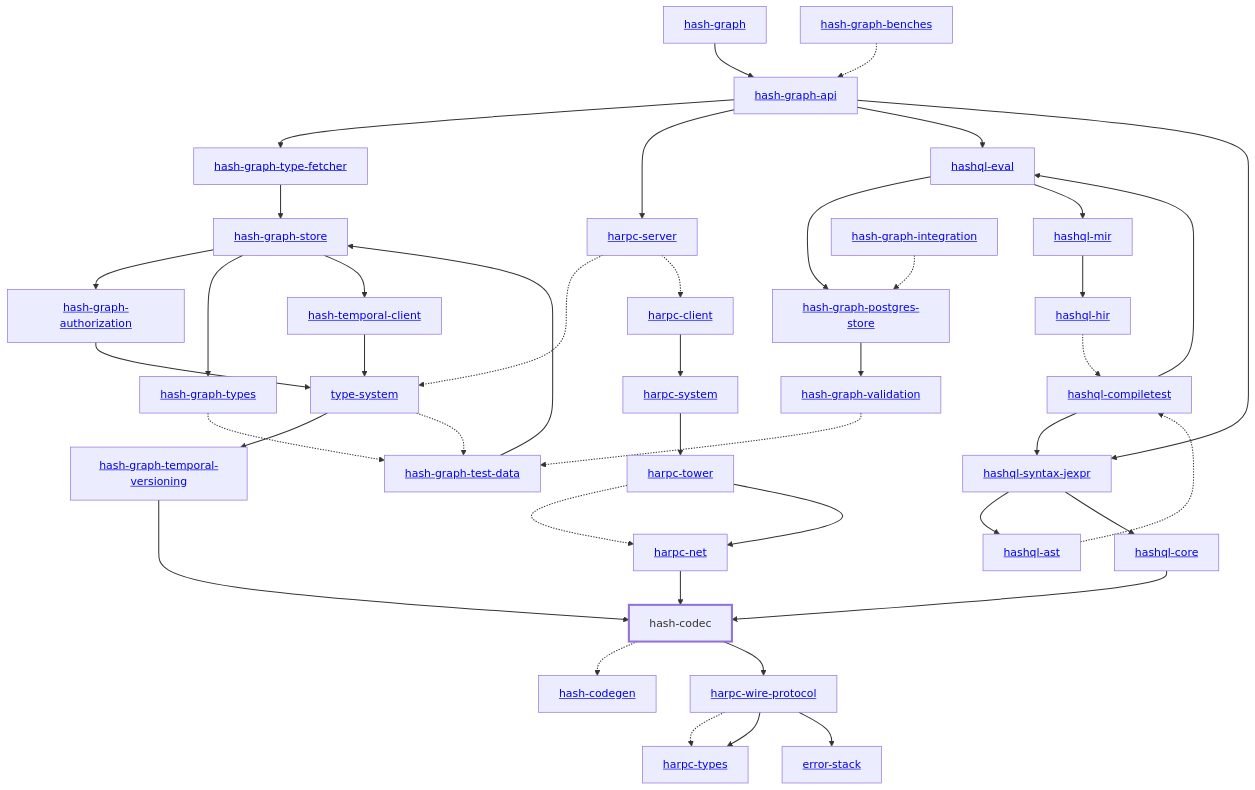
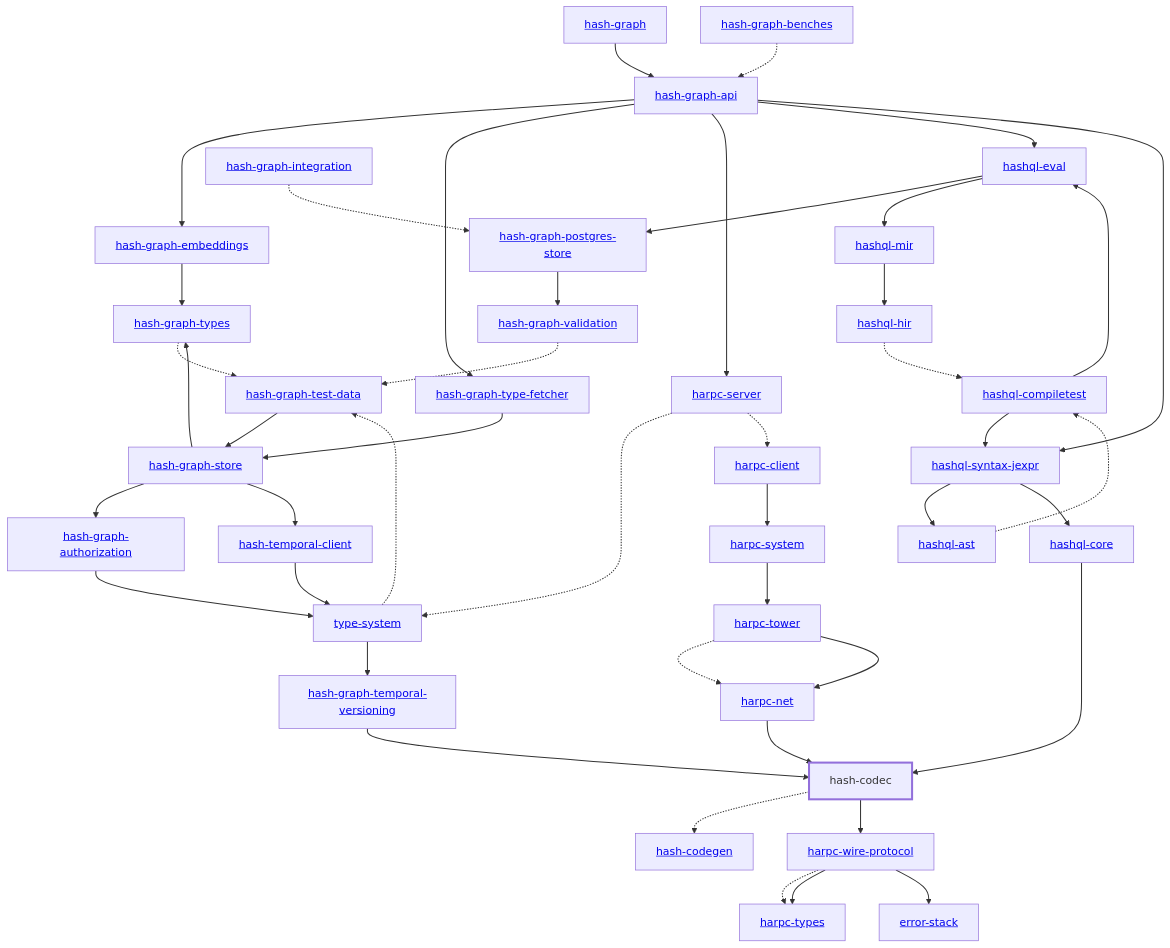
One commit to hashintel/hash changed the diagram in libs/@local/codec/docs/dependency-diagram.mmd. Above: the diagram before and after it, drawn with Mermaid. The commit also changed 16 other files, not shown here.

Commit message:
BE-622: Update dependency diagrams

```diff
--- a/libs/@local/codec/docs/dependency-diagram.mmd
+++ b/libs/@local/codec/docs/dependency-diagram.mmd
@@ -1,84 +1,87 @@
 graph TD
     linkStyle default stroke-width:1.5px
     classDef default stroke-width:1px
     classDef root stroke-width:3px
     classDef dev stroke-width:1px
     classDef build stroke-width:1px
     %% Legend
     %% --> : Normal dependency
     %% -.-> : Dev dependency
     %% ---> : Build dependency
     0[<a href="../hash_graph/index.html">hash-graph</a>]
     1[<a href="../type_system/index.html">type-system</a>]
     2[hash-codec]
     class 2 root
     3[<a href="../hash_codegen/index.html">hash-codegen</a>]
     4[<a href="../hash_graph_api/index.html">hash-graph-api</a>]
     5[<a href="../hash_graph_authorization/index.html">hash-graph-authorization</a>]
-    6[<a href="../hash_graph_postgres_store/index.html">hash-graph-postgres-store</a>]
-    7[<a href="../hash_graph_store/index.html">hash-graph-store</a>]
-    8[<a href="../hash_graph_temporal_versioning/index.html">hash-graph-temporal-versioning</a>]
-    9[<a href="../hash_graph_type_fetcher/index.html">hash-graph-type-fetcher</a>]
-    10[<a href="../hash_graph_types/index.html">hash-graph-types</a>]
-    11[<a href="../hash_graph_validation/index.html">hash-graph-validation</a>]
-    12[<a href="../harpc_client/index.html">harpc-client</a>]
-    13[<a href="../harpc_net/index.html">harpc-net</a>]
-    14[<a href="../harpc_server/index.html">harpc-server</a>]
-    15[<a href="../harpc_system/index.html">harpc-system</a>]
-    16[<a href="../harpc_tower/index.html">harpc-tower</a>]
-    17[<a href="../harpc_types/index.html">harpc-types</a>]
-    18[<a href="../harpc_wire_protocol/index.html">harpc-wire-protocol</a>]
-    19[<a href="../hashql_ast/index.html">hashql-ast</a>]
-    20[<a href="../hashql_compiletest/index.html">hashql-compiletest</a>]
-    21[<a href="../hashql_core/index.html">hashql-core</a>]
-    22[<a href="../hashql_eval/index.html">hashql-eval</a>]
-    23[<a href="../hashql_hir/index.html">hashql-hir</a>]
-    24[<a href="../hashql_mir/index.html">hashql-mir</a>]
-    25[<a href="../hashql_syntax_jexpr/index.html">hashql-syntax-jexpr</a>]
-    26[<a href="../hash_temporal_client/index.html">hash-temporal-client</a>]
-    27[<a href="../error_stack/index.html">error-stack</a>]
-    28[<a href="../hash_graph_benches/index.html">hash-graph-benches</a>]
-    29[<a href="../hash_graph_integration/index.html">hash-graph-integration</a>]
-    30[<a href="../hash_graph_test_data/index.html">hash-graph-test-data</a>]
+    6[<a href="../hash_graph_embeddings/index.html">hash-graph-embeddings</a>]
+    7[<a href="../hash_graph_postgres_store/index.html">hash-graph-postgres-store</a>]
+    8[<a href="../hash_graph_store/index.html">hash-graph-store</a>]
+    9[<a href="../hash_graph_temporal_versioning/index.html">hash-graph-temporal-versioning</a>]
+    10[<a href="../hash_graph_type_fetcher/index.html">hash-graph-type-fetcher</a>]
+    11[<a href="../hash_graph_types/index.html">hash-graph-types</a>]
+    12[<a href="../hash_graph_validation/index.html">hash-graph-validation</a>]
+    13[<a href="../harpc_client/index.html">harpc-client</a>]
+    14[<a href="../harpc_net/index.html">harpc-net</a>]
+    15[<a href="../harpc_server/index.html">harpc-server</a>]
+    16[<a href="../harpc_system/index.html">harpc-system</a>]
+    17[<a href="../harpc_tower/index.html">harpc-tower</a>]
+    18[<a href="../harpc_types/index.html">harpc-types</a>]
+    19[<a href="../harpc_wire_protocol/index.html">harpc-wire-protocol</a>]
+    20[<a href="../hashql_ast/index.html">hashql-ast</a>]
+    21[<a href="../hashql_compiletest/index.html">hashql-compiletest</a>]
+    22[<a href="../hashql_core/index.html">hashql-core</a>]
+    23[<a href="../hashql_eval/index.html">hashql-eval</a>]
+    24[<a href="../hashql_hir/index.html">hashql-hir</a>]
+    25[<a href="../hashql_mir/index.html">hashql-mir</a>]
+    26[<a href="../hashql_syntax_jexpr/index.html">hashql-syntax-jexpr</a>]
+    27[<a href="../hash_temporal_client/index.html">hash-temporal-client</a>]
+    28[<a href="../error_stack/index.html">error-stack</a>]
+    29[<a href="../hash_graph_benches/index.html">hash-graph-benches</a>]
+    30[<a href="../hash_graph_integration/index.html">hash-graph-integration</a>]
+    31[<a href="../hash_graph_test_data/index.html">hash-graph-test-data</a>]
     0 --> 4
-    1 --> 8
-    1 -.-> 30
+    1 --> 9
+    1 -.-> 31
     2 -.-> 3
-    2 --> 18
-    4 --> 9
-    4 --> 14
-    4 --> 22
-    4 --> 25
+    2 --> 19
+    4 --> 6
+    4 --> 10
+    4 --> 15
+    4 --> 23
+    4 --> 26
     5 --> 1
     6 --> 11
-    7 --> 5
-    7 --> 10
-    7 --> 26
-    8 --> 2
-    9 --> 7
-    10 -.-> 30
-    11 -.-> 30
-    12 --> 15
-    13 --> 2
-    14 -.-> 1
-    14 -.-> 12
-    15 --> 16
-    16 -.-> 13
-    16 --> 13
-    18 -.-> 17
-    18 --> 17
-    18 --> 27
-    19 -.-> 20
-    20 --> 22
-    20 --> 25
-    21 --> 2
-    22 --> 6
-    22 --> 24
-    23 -.-> 20
-    24 --> 23
-    25 --> 19
-    25 --> 21
-    26 --> 1
-    28 -.-> 4
-    29 -.-> 6
-    30 --> 7
+    7 --> 12
+    8 --> 5
+    8 --> 11
+    8 --> 27
+    9 --> 2
+    10 --> 8
+    11 -.-> 31
+    12 -.-> 31
+    13 --> 16
+    14 --> 2
+    15 -.-> 1
+    15 -.-> 13
+    16 --> 17
+    17 -.-> 14
+    17 --> 14
+    19 -.-> 18
+    19 --> 18
+    19 --> 28
+    20 -.-> 21
+    21 --> 23
+    21 --> 26
+    22 --> 2
+    23 --> 7
+    23 --> 25
+    24 -.-> 21
+    25 --> 24
+    26 --> 20
+    26 --> 22
+    27 --> 1
+    29 -.-> 4
+    30 -.-> 7
+    31 --> 8
```
